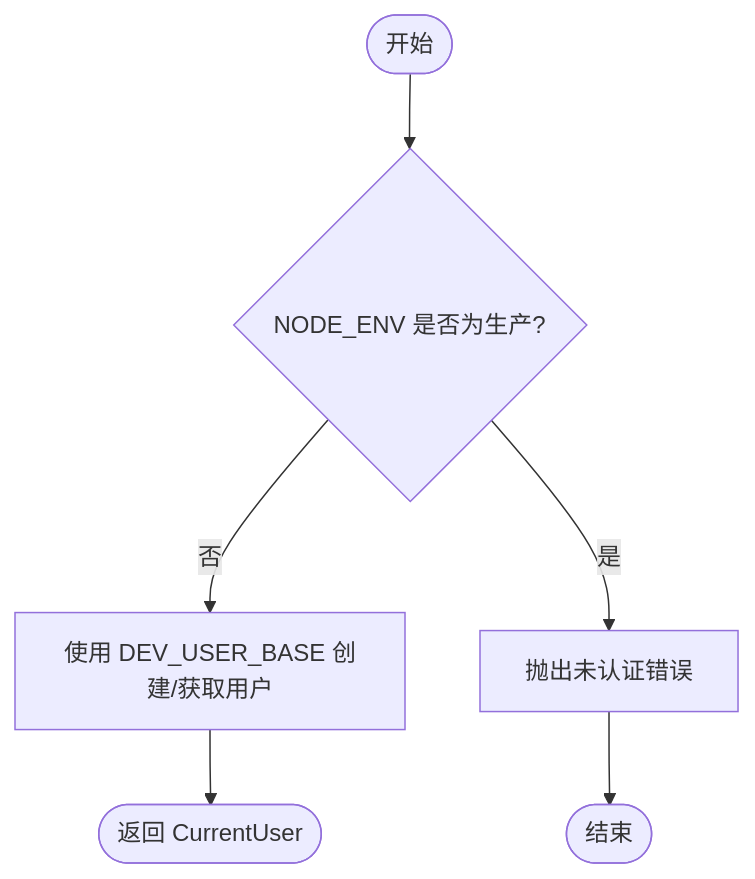
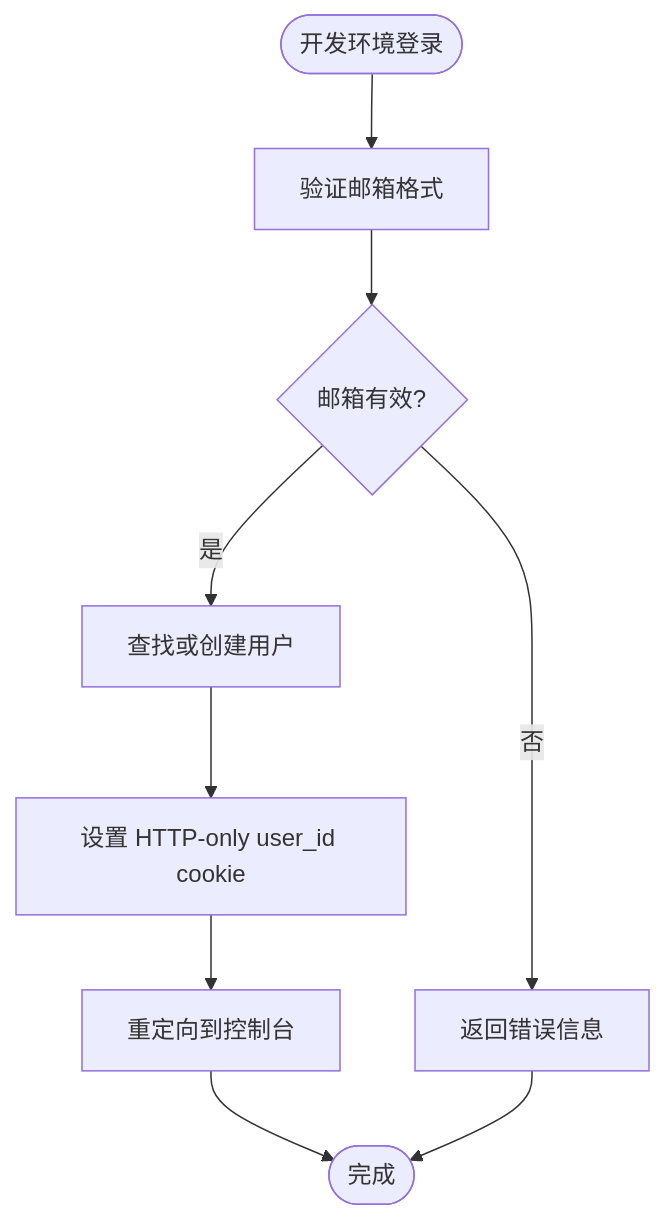
One commit to pnnh/weable changed the fifth of 8 diagrams in .qoder/repowiki/zh/content/架构设计/认证架构设计/多源认证机制.md. Above: the diagram before and after it, drawn with Mermaid. The commit also changed other lines of this file and 161 other files, not shown here.

````diff
--- a/.qoder/repowiki/zh/content/架构设计/认证架构设计/多源认证机制.md
+++ b/.qoder/repowiki/zh/content/架构设计/认证架构设计/多源认证机制.md
@@ -194,8 +223,11 @@
 ```mermaid
 flowchart TD
-Start(["开始"]) --> CheckEnv{"NODE_ENV 是否为生产?"}
-CheckEnv --> |否| UseDev["使用 DEV_USER_BASE 创建/获取用户"]
-CheckEnv --> |是| ThrowErr["抛出未认证错误"]
-UseDev --> Return(["返回 CurrentUser"])
-ThrowErr --> End(["结束"])
+Start(["开发环境登录"]) --> ValidateEmail["验证邮箱格式"]
+ValidateEmail --> Valid{"邮箱有效?"}
+Valid --> |否| Error["返回错误信息"]
+Valid --> |是| FindOrCreate["查找或创建用户"]
+FindOrCreate --> SetCookie["设置 HTTP-only user_id cookie"]
+SetCookie --> Redirect["重定向到控制台"]
+Redirect --> End(["完成"])
+Error --> End
 ```
````
